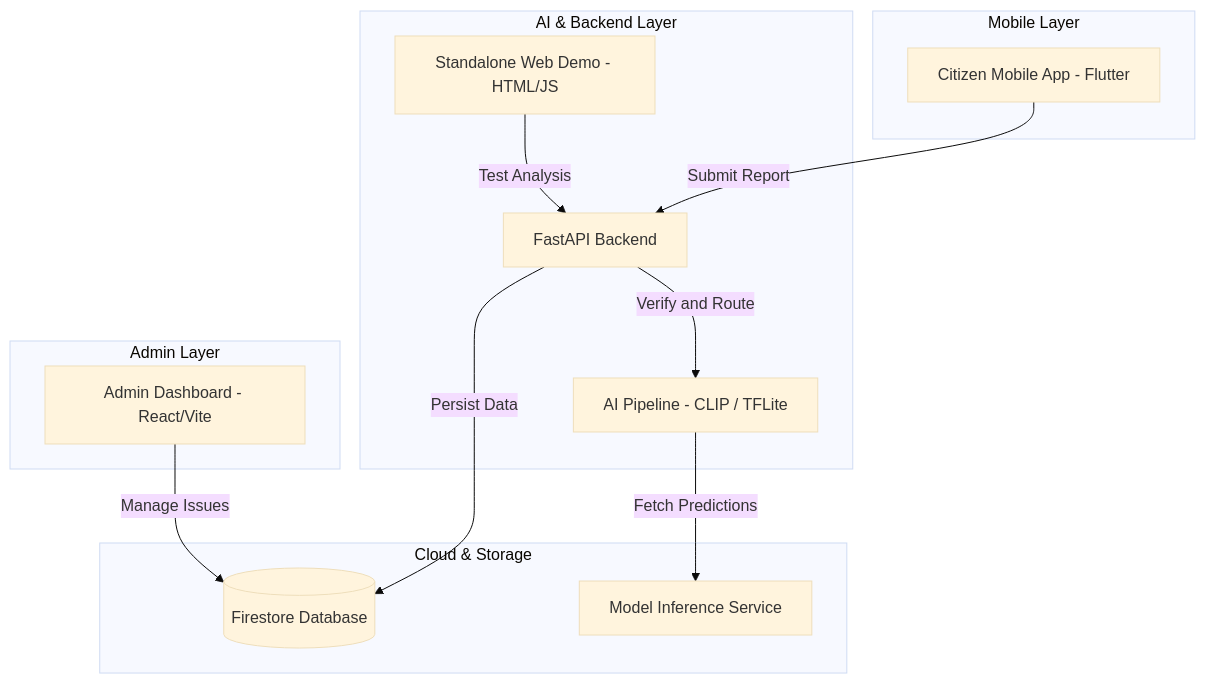
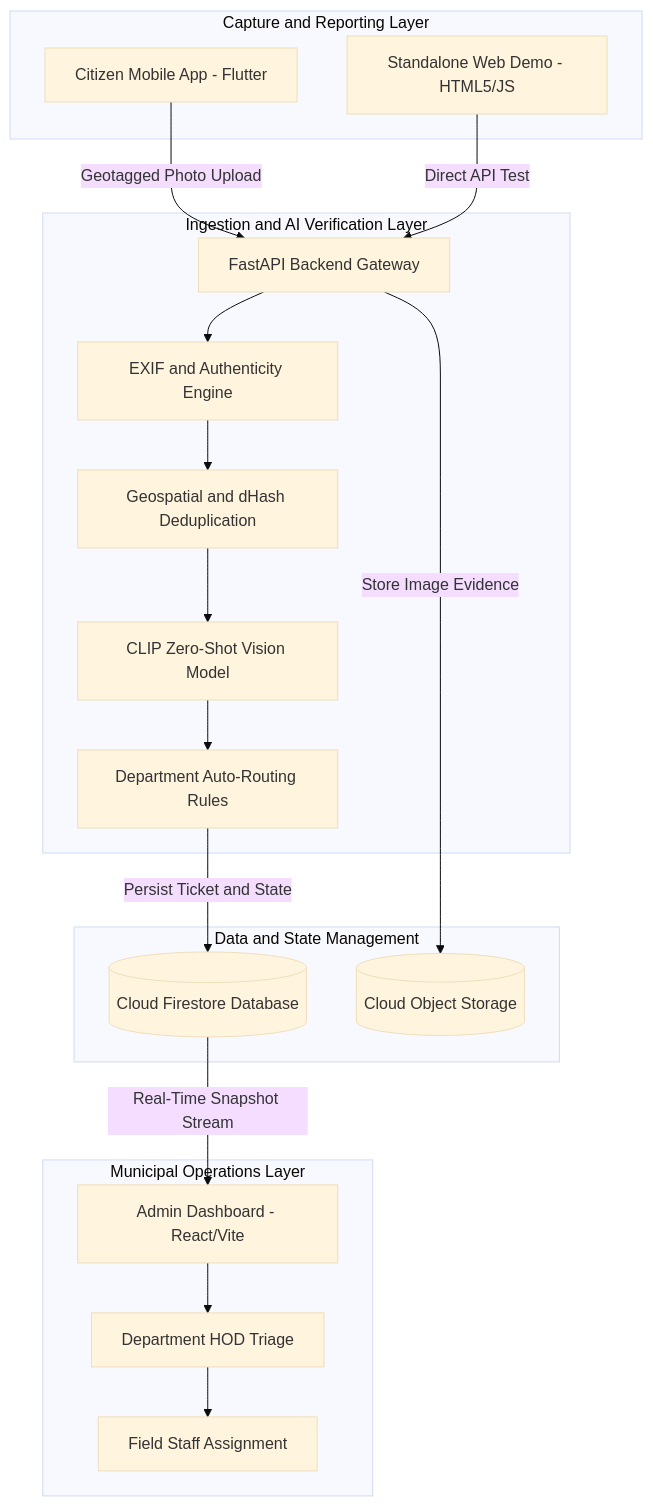
One commit to kuleaniruddha/B2B_altf4 changed the first of 2 diagrams in README.md. Above: the diagram before and after it, drawn with Mermaid (base theme). The commit also changed other lines of this file, not shown here.

````diff
--- a/README.md
+++ b/README.md
@@ -9,28 +35,38 @@
 ```mermaid
 graph TD
-    subgraph "Mobile Layer"
-        C[Citizen Mobile App - Flutter]
+    subgraph "Capture and Reporting Layer"
+        CitizenApp[Citizen Mobile App - Flutter]
+        WebDemo[Standalone Web Demo - HTML5/JS]
     end
 
-    subgraph "AI & Backend Layer"
-        B[FastAPI Backend]
-        AI[AI Pipeline - CLIP / TFLite]
-        D[Standalone Web Demo - HTML/JS]
+    subgraph "Ingestion and AI Verification Layer"
+        FastAPI[FastAPI Backend Gateway]
+        AuthCheck[EXIF and Authenticity Engine]
+        DedupEngine[Geospatial and dHash Deduplication]
+        CLIPModel[CLIP Zero-Shot Vision Model]
+        Router[Department Auto-Routing Rules]
     end
 
-    subgraph "Admin Layer"
-        A[Admin Dashboard - React/Vite]
+    subgraph "Data and State Management"
+        Firestore[(Cloud Firestore Database)]
+        CloudStorage[(Cloud Object Storage)]
     end
 
-    subgraph "Cloud & Storage"
-        F[(Firestore Database)]
-        V[Model Inference Service]
+    subgraph "Municipal Operations Layer"
+        AdminUI[Admin Dashboard - React/Vite]
+        HODView[Department HOD Triage]
+        FieldStaff[Field Staff Assignment]
     end
 
-    C -->|Submit Report| B
-    D -->|Test Analysis| B
-    B -->|Verify and Route| AI
-    AI -->|Fetch Predictions| V
-    B -->|Persist Data| F
-    A -->|Manage Issues| F
+    CitizenApp -->|Geotagged Photo Upload| FastAPI
+    WebDemo -->|Direct API Test| FastAPI
+    FastAPI --> AuthCheck
+    AuthCheck --> DedupEngine
+    DedupEngine --> CLIPModel
+    CLIPModel --> Router
+    Router -->|Persist Ticket and State| Firestore
+    FastAPI -->|Store Image Evidence| CloudStorage
+    Firestore -->|Real-Time Snapshot Stream| AdminUI
+    AdminUI --> HODView
+    HODView --> FieldStaff
 ```
````
